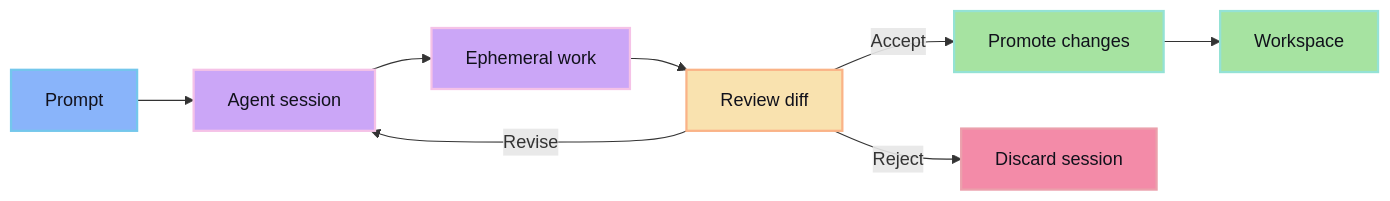
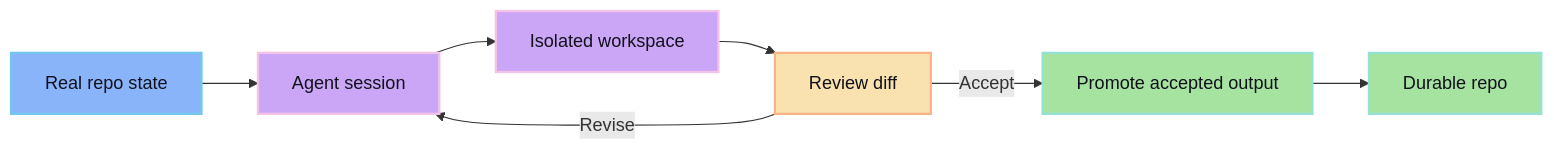
The diagram in src/content/docs/concepts/review-first.md (cloudboy-jh/glib-code-docs), drawn with Mermaid before and after one commit. The commit also changed other lines of this file and 18 other files, not shown here.

Commit message:
Rebuild docs IA and diagrams

````diff
--- a/src/content/docs/concepts/review-first.md
+++ b/src/content/docs/concepts/review-first.md
@@ -10,22 +14,20 @@
 ```mermaid
 flowchart LR
-  Prompt["Prompt"] --> Session["Agent session"]
-  Session --> Work["Ephemeral work"]
+  Baseline["Real repo state"] --> Session["Agent session"]
+  Session --> Work["Isolated workspace"]
   Work --> Diff["Review diff"]
-  Diff -->|Accept| Promote["Promote changes"]
+  Diff -->|Accept| Promote["Promote accepted output"]
   Diff -->|Revise| Session
-  Diff -->|Reject| Discard["Discard session"]
-  Promote --> Workspace["Workspace"]
+  Promote --> Durable["Durable repo"]
 
   classDef input fill:#89b4fa,stroke:#74c7ec,color:#11111b,stroke-width:2px
   classDef session fill:#cba6f7,stroke:#f5c2e7,color:#11111b,stroke-width:2px
   classDef review fill:#f9e2af,stroke:#fab387,color:#11111b,stroke-width:2px
   classDef done fill:#a6e3a1,stroke:#94e2d5,color:#11111b,stroke-width:2px
   classDef reject fill:#f38ba8,stroke:#eba0ac,color:#11111b,stroke-width:2px
 
-  class Prompt input
+  class Baseline input
   class Session,Work session
   class Diff review
-  class Promote,Workspace done
-  class Discard reject
+  class Promote,Durable done
 ```
````
